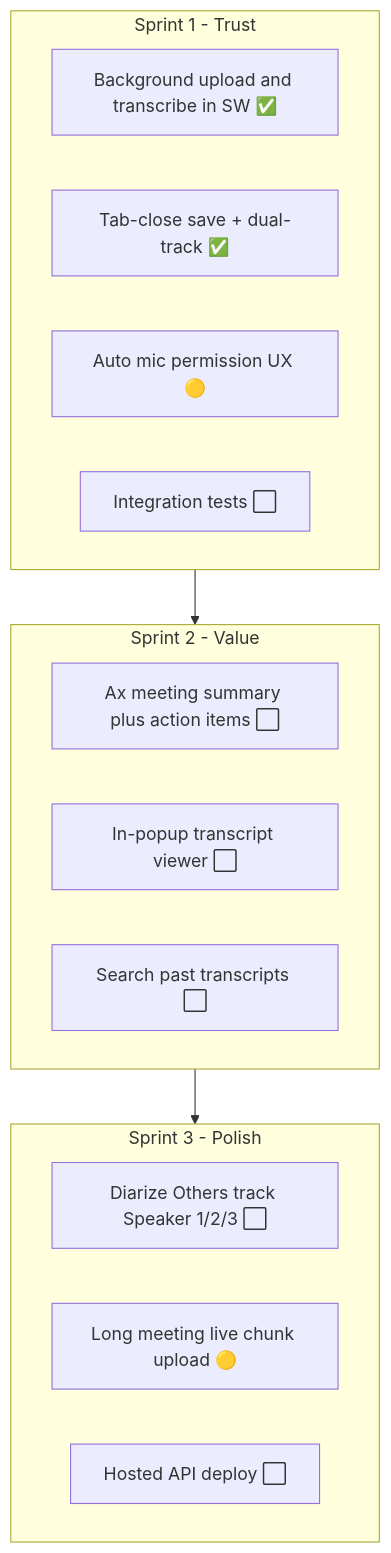
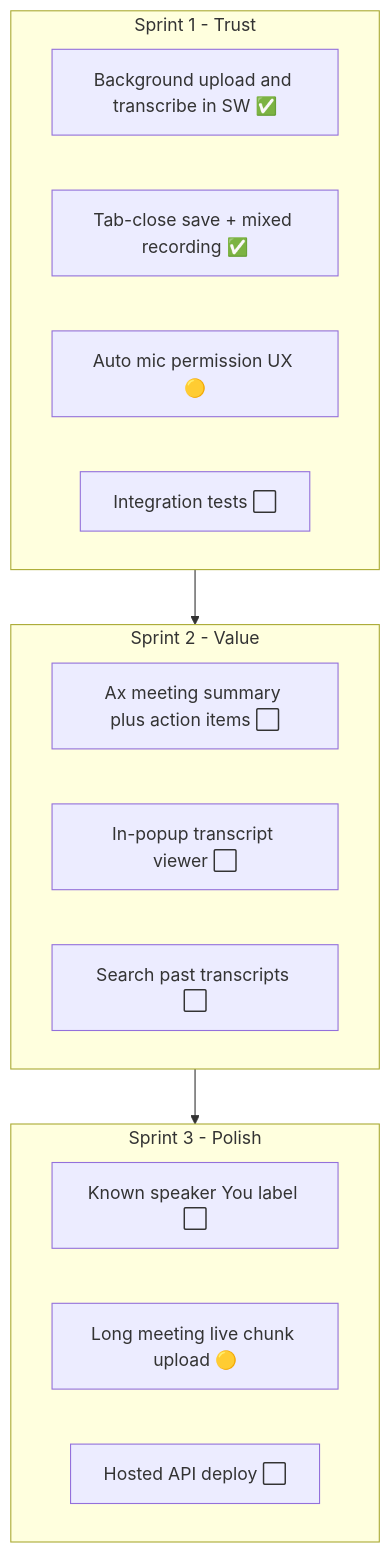
The diagram in ROADMAP.md (cogniumhq/cognium-meet), drawn with Mermaid before and after one commit. The commit also changed other lines of this file and 27 other files, not shown here.

Commit message:
Switch to mixed audio + gpt-4o-transcribe-diarize for speaker labels

````diff
--- a/ROADMAP.md
+++ b/ROADMAP.md
@@ -72,20 +71,20 @@
 ```mermaid
 flowchart TD
   subgraph sprint1 [Sprint 1 - Trust]
     A["Background upload and transcribe in SW ✅"]
-    B["Tab-close save + dual-track ✅"]
+    B["Tab-close save + mixed recording ✅"]
     C["Auto mic permission UX 🟡"]
     D["Integration tests ⬜"]
   end
   subgraph sprint2 [Sprint 2 - Value]
     E["Ax meeting summary plus action items ⬜"]
     F["In-popup transcript viewer ⬜"]
     G["Search past transcripts ⬜"]
   end
   subgraph sprint3 [Sprint 3 - Polish]
-    H["Diarize Others track Speaker 1/2/3 ⬜"]
+    H["Known speaker You label ⬜"]
     I["Long meeting live chunk upload 🟡"]
     J["Hosted API deploy ⬜"]
   end
   sprint1 --> sprint2 --> sprint3
 ```
````
